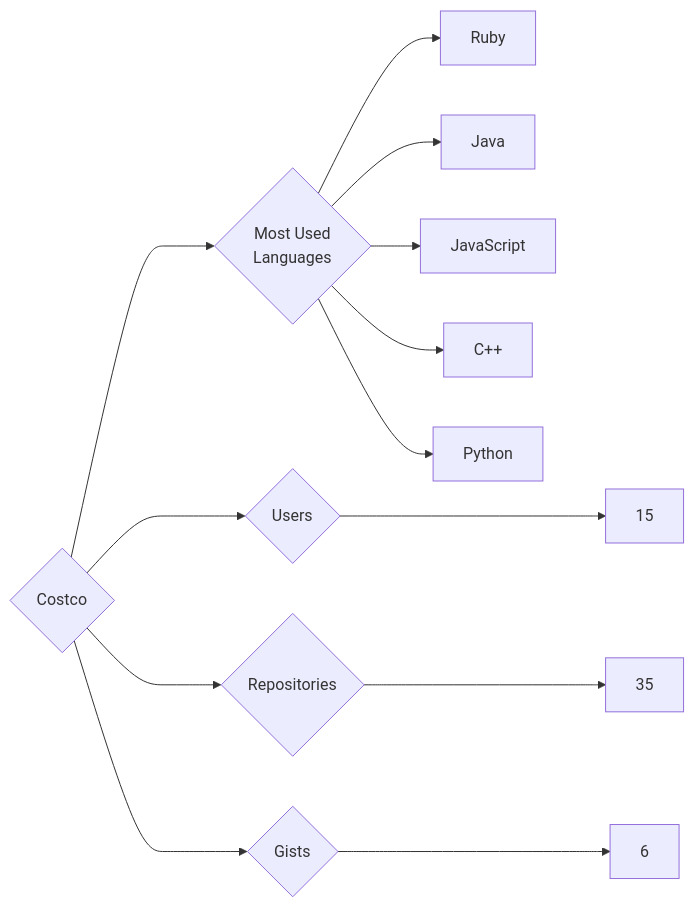
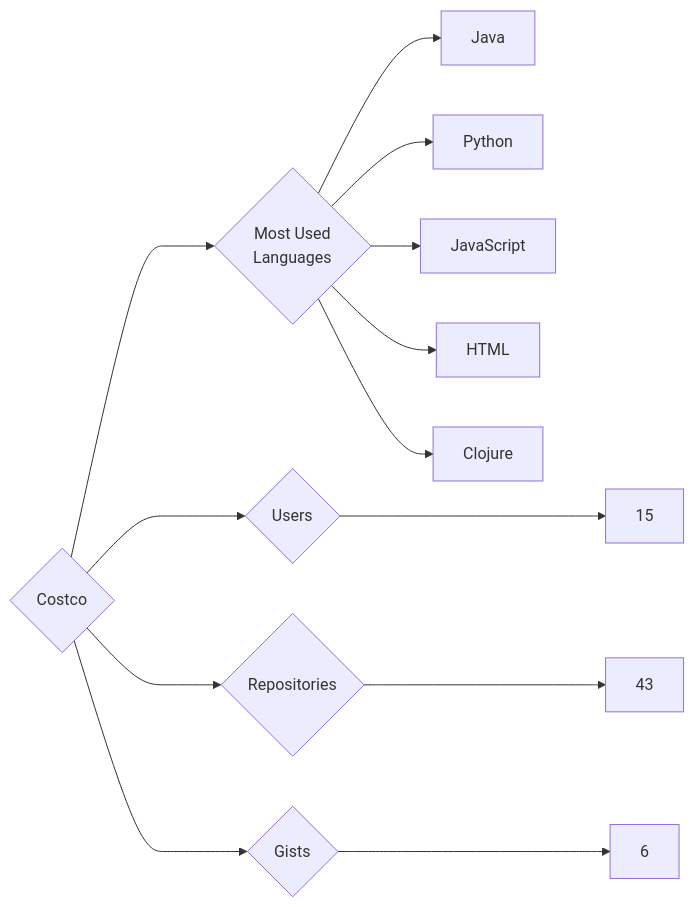
One commit to trickest/insiders changed the diagram in targets/Costco/README.md. Above: the diagram before and after it, drawn with Mermaid. The commit also changed 900 other files, not shown here.

````diff
--- a/targets/Costco/README.md
+++ b/targets/Costco/README.md
@@ -3,13 +3,13 @@
 ```mermaid
 graph LR
 COMPANY_NAME{Costco}
 COMPANY_NAME ---> U{Users} ---> UN[15]
-COMPANY_NAME ---> R{Repositories} ---> RN[35]
+COMPANY_NAME ---> R{Repositories} ---> RN[43]
 COMPANY_NAME ---> G{Gists} ---> GN[6]
 COMPANY_NAME ---> ML{Most Used<br>Languages}
-ML --> Ruby[Ruby]
 ML --> Java[Java]
+ML --> Python[Python]
 ML --> JavaScript[JavaScript]
-ML --> C++[C++]
-ML --> Python[Python]
+ML --> HTML[HTML]
+ML --> Clojure[Clojure]
 ```
````
